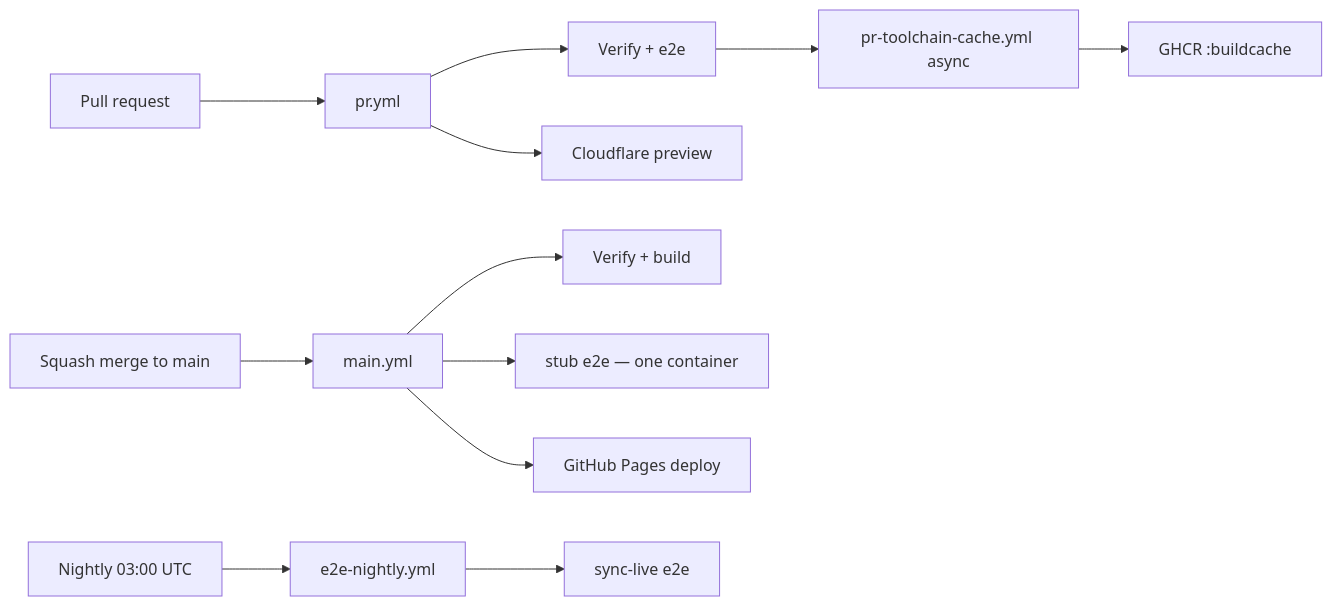
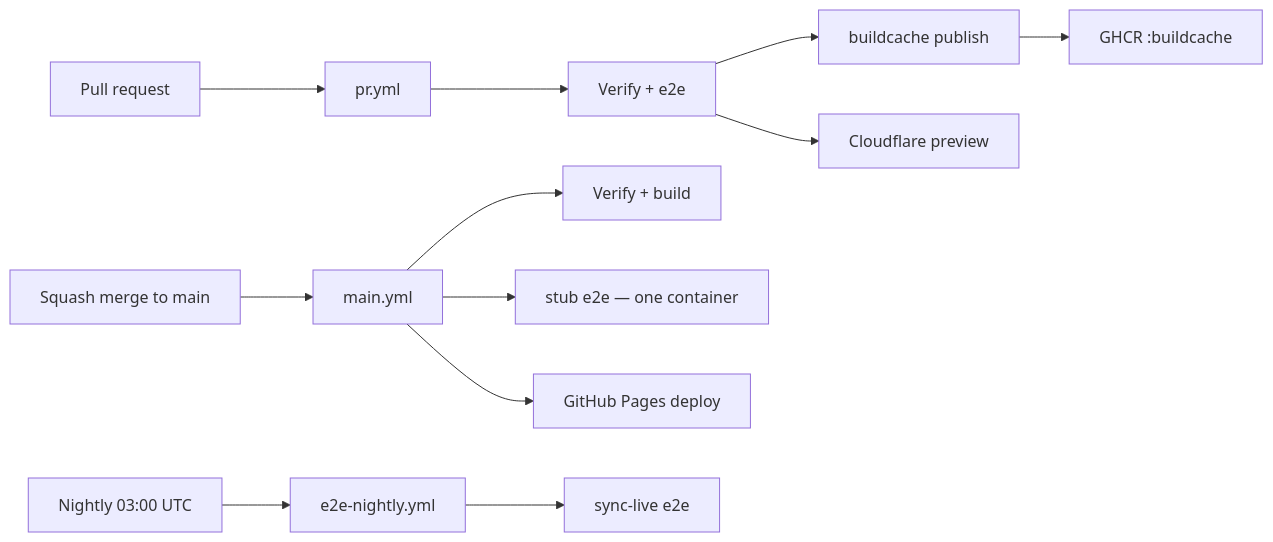
The diagram in .cortex/workflows/ci-pipeline.md (meta-secret/nook), drawn with Mermaid before and after one commit. The commit also changed other lines of this file and 2 other files, not shown here.

Commit message:
Run PR buildcache publish on same runner as verify.
Drop separate workflow_dispatch job that could land on a cold VM. Start docker:push:cache:ci in the background after ci:pr so deploy overlaps on the warm buildx cache; best-effort wait at job end.

````diff
--- a/.cortex/workflows/ci-pipeline.md
+++ b/.cortex/workflows/ci-pipeline.md
@@ -15,16 +14,16 @@
 ```mermaid
 flowchart LR
   PR[Pull request] --> pr_yml[pr.yml]
   pr_yml --> verify[Verify + e2e]
-  pr_yml --> preview[Cloudflare preview]
-  verify --> cache_dispatch[pr-toolchain-cache.yml async]
-  cache_dispatch --> ghcr[GHCR :buildcache]
+  verify --> cache_push[buildcache publish]
+  verify --> preview[Cloudflare preview]
+  cache_push --> ghcr[GHCR :buildcache]
 
   merge[Squash merge to main] --> main_yml[main.yml]
   main_yml --> main_verify[Verify + build]
   main_yml --> e2e_stub[stub e2e — one container]
   main_yml --> pages[GitHub Pages deploy]
 
   cron[Nightly 03:00 UTC] --> nightly[e2e-nightly.yml]
   nightly --> e2e_live[sync-live e2e]
 ```
````
